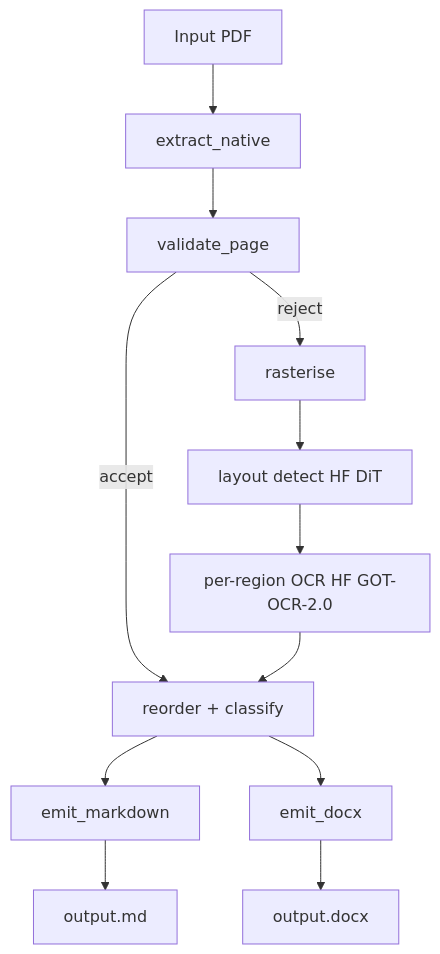
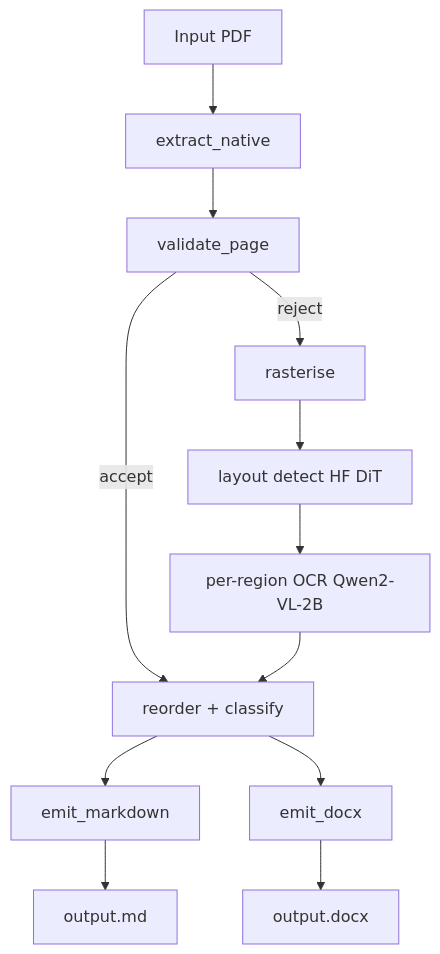
One commit to abdullah-alnahas/ar-pdf-parser changed the diagram in README.md. Above: the diagram before and after it, drawn with Mermaid. The commit also changed other lines of this file and 16 other files, not shown here.

First line of the commit message:
Fix #26: swap OCR default to Qwen2-VL-2B-Instruct (#27)

````diff
--- a/README.md
+++ b/README.md
@@ -165,14 +165,14 @@
 ```mermaid
 flowchart TD
     PDF[Input PDF] --> EX[extract_native]
     EX --> VAL[validate_page]
     VAL -- accept --> ROL[reorder + classify]
     VAL -- reject --> RST[rasterise]
     RST --> LD[layout detect HF DiT]
-    LD --> OCR[per-region OCR HF GOT-OCR-2.0]
+    LD --> OCR[per-region OCR Qwen2-VL-2B]
     OCR --> ROL
     ROL --> EMD[emit_markdown]
     ROL --> EDX[emit_docx]
     EMD --> MD[output.md]
     EDX --> DOCX[output.docx]
 ```
````
